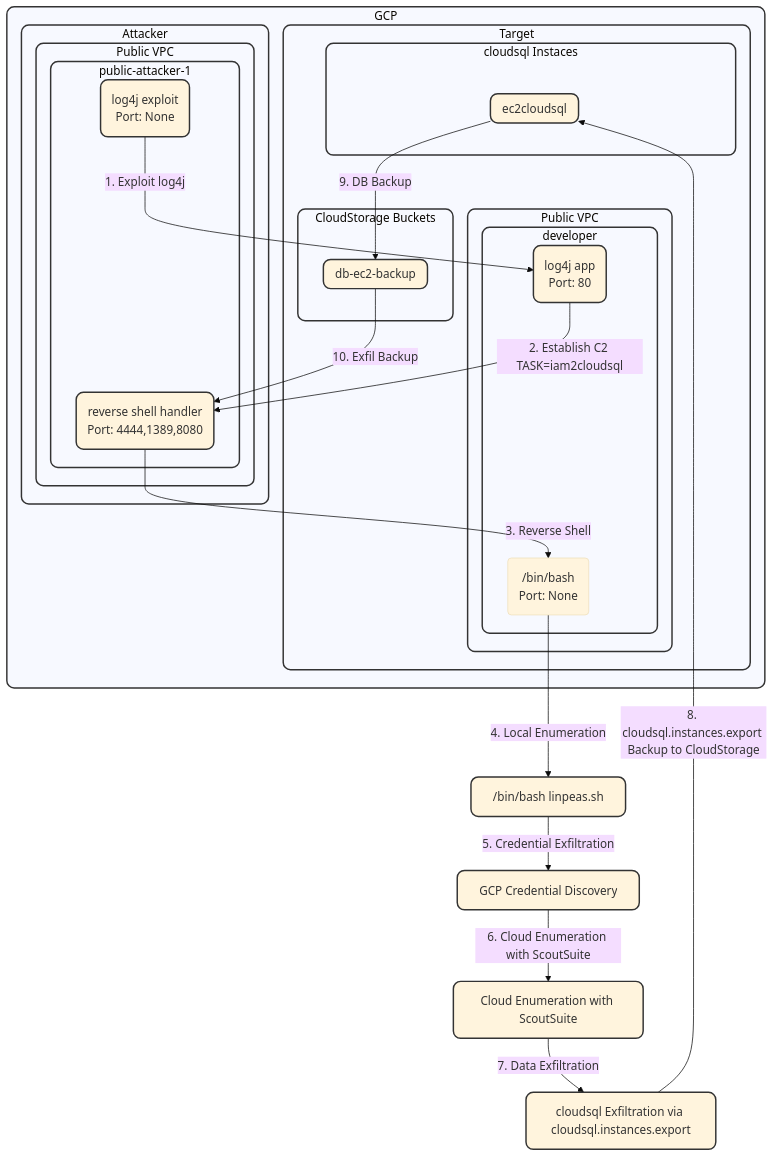
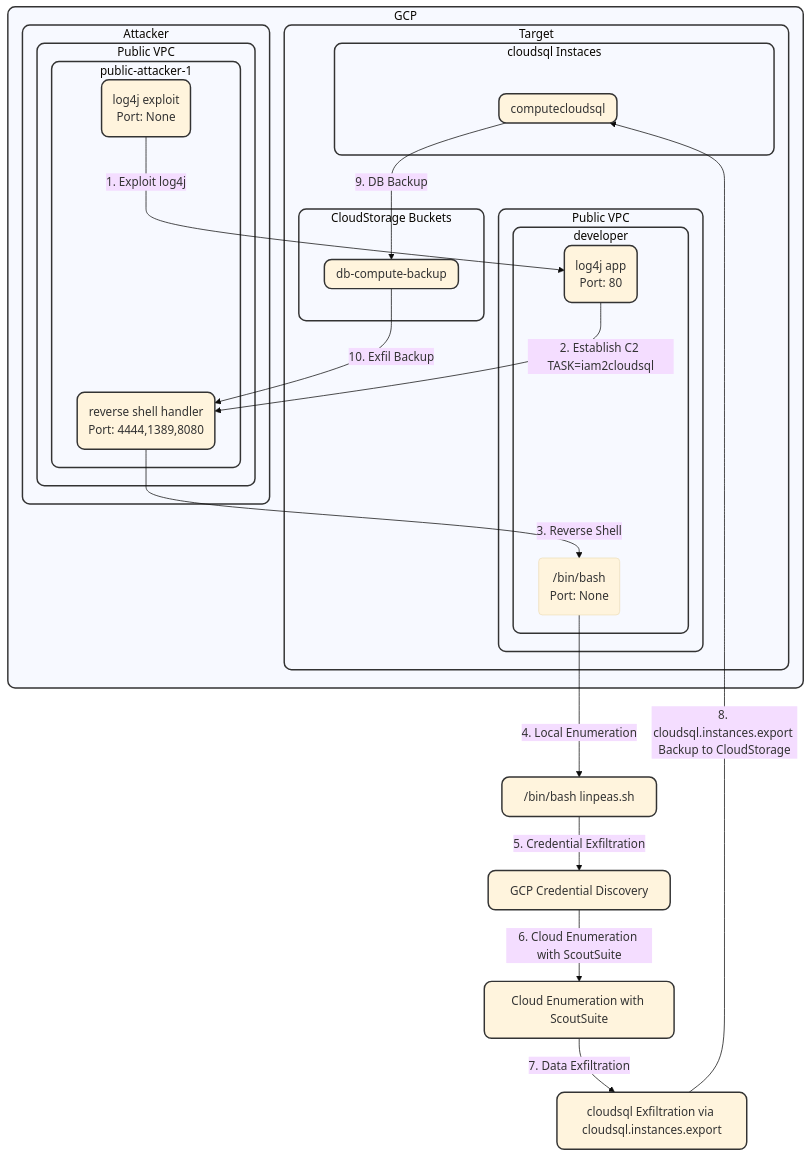
The diagram in terraform/scenarios/gcp-lacework-composite-ciem/README.md (proservlab/lacework-deploy), drawn with Mermaid (base theme) before and after one commit. The commit also changed other lines of this file, not shown here.

```diff
--- a/terraform/scenarios/gcp-lacework-composite-ciem/README.md
+++ b/terraform/scenarios/gcp-lacework-composite-ciem/README.md
@@ -54,12 +54,12 @@
         %% subgraph prod-bucket-1["prod-bucket-1"]
             
         %% end
-        subgraph db-bucket-1["db-ec2-backup"]
+        subgraph db-bucket-1["db-compute-backup"]
             
         end
       end
       subgraph cloudsql_Instances_target["cloudsql Instaces"]
-        subgraph dev-db-1["ec2cloudsql"]
+        subgraph dev-db-1["computecloudsql"]
             
         end
       end
```
